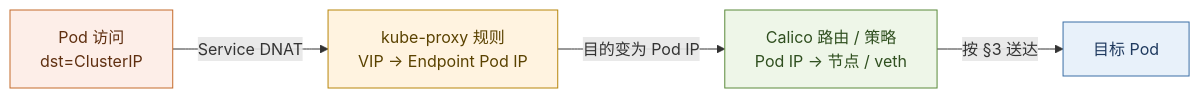
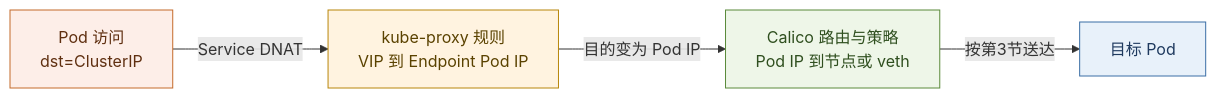
The eighth of 8 diagrams in 20-architecture/24-calico-networking-treatise.md (xiaxinyu/knowledge_base), drawn with Mermaid before and after one commit. The commit also changed other lines of this file and 2 other files, not shown here.

Commit message:
Update "Kubernetes Control-Plane Doctrine" and "Calico Networking Treatise" to enhance clarity on networking principles and the roles of control and data planes. Adjust README to reflect these changes, ensuring consistency in terminology and improving the overall structure for better readability.

````diff
--- a/20-architecture/24-calico-networking-treatise.md
+++ b/20-architecture/24-calico-networking-treatise.md
@@ -385,16 +526,16 @@
 ```mermaid
 flowchart LR
   classDef app fill:#fdeee8,stroke:#c46a2a,color:#5f2f10
   classDef kp fill:#fff3e0,stroke:#b8860b,color:#5a4200
   classDef cal fill:#eef6e8,stroke:#5a8a3a,color:#2f4f1f
-  classDef kern fill:#e8f1fa,stroke:#3b6ea5,color:#1f3a5f
+  classDef dplane fill:#e8f1fa,stroke:#3b6ea5,color:#1f3a5f
 
-  Pod["Pod 访问<br/>dst=ClusterIP"]:::app
-  KP["kube-proxy 规则<br/>VIP → Endpoint Pod IP"]:::kp
-  RT["Calico 路由 / 策略<br/>Pod IP → 节点 / veth"]:::cal
-  Dst["目标 Pod"]:::kern
+  Pod["Pod 访问<br>dst=ClusterIP"]:::app
+  KP["kube-proxy 规则<br>VIP 到 Endpoint Pod IP"]:::kp
+  RT["Calico 路由与策略<br>Pod IP 到节点或 veth"]:::cal
+  Dst["目标 Pod"]:::dplane
 
   Pod -->|"Service DNAT"| KP
   KP -->|"目的变为 Pod IP"| RT
-  RT -->|"按 §3 送达"| Dst
+  RT -->|"按第3节送达"| Dst
 ```
````
